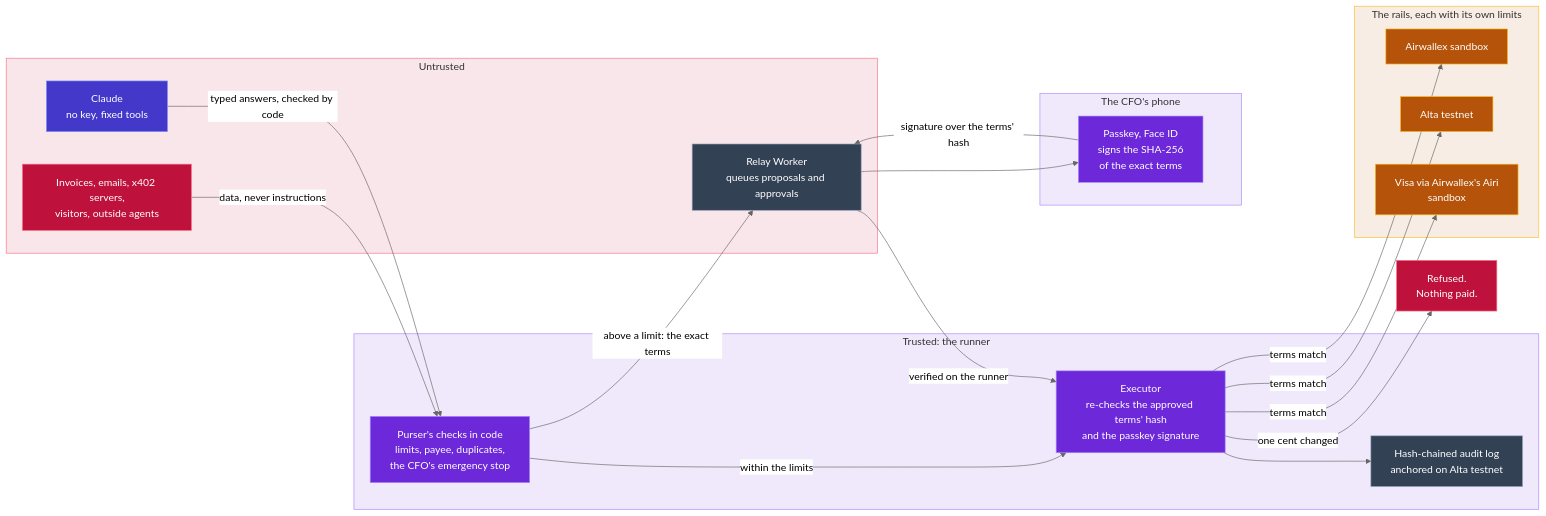
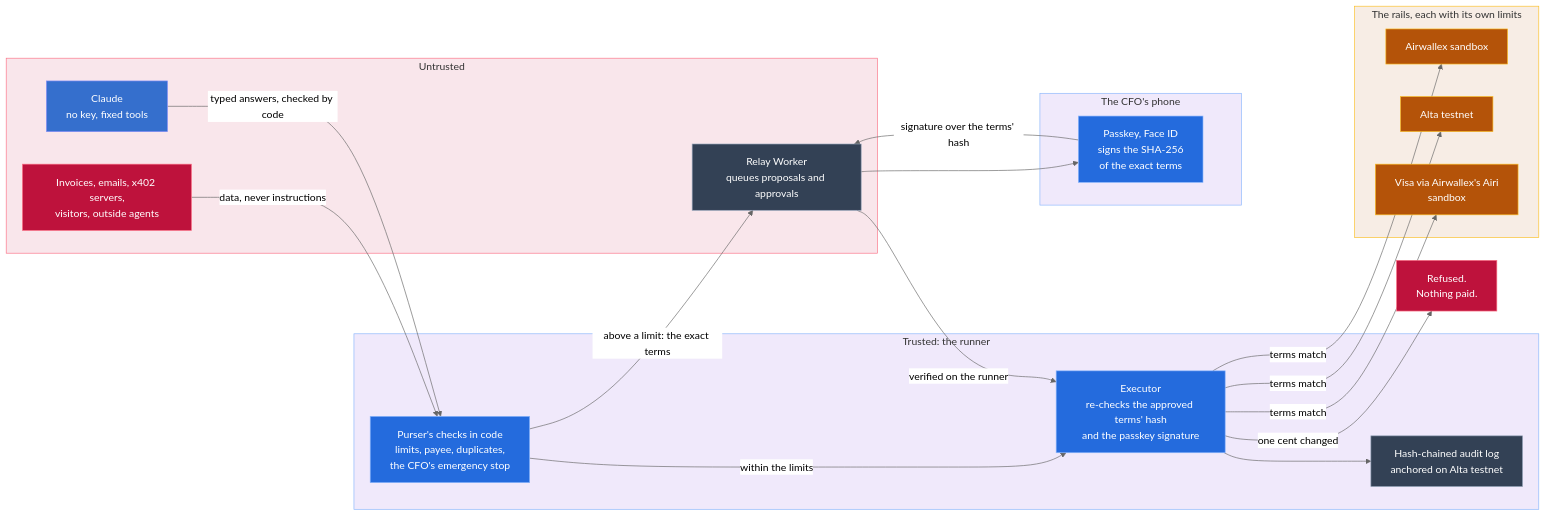
One commit to agamemnon-coder/x402-business-agents changed the second of 2 diagrams in SECURITY.md. Above: the diagram before and after it, drawn with Mermaid (neutral theme). The commit also changed other lines of this file and 184 other files, not shown here.

````diff
--- a/SECURITY.md
+++ b/SECURITY.md
@@ -123,41 +123,41 @@
 ```mermaid
 flowchart LR
   subgraph U["Untrusted"]
     IN["Invoices, emails, x402 servers,<br/>visitors, outside agents"]:::refused
     CL["Claude<br/>no key, fixed tools"]:::agent
     W["Relay Worker<br/>queues proposals and approvals"]:::proof
   end
   subgraph T["Trusted: the runner"]
     CK["Purser's checks in code<br/>limits, payee, duplicates,<br/>the CFO's emergency stop"]:::purser
     EX["Executor<br/>re-checks the approved terms' hash<br/>and the passkey signature"]:::purser
     LOG["Hash-chained audit log<br/>anchored on Alta testnet"]:::proof
   end
   subgraph P["The CFO's phone"]
     PK["Passkey, Face ID<br/>signs the SHA-256<br/>of the exact terms"]:::purser
   end
   subgraph Q["The rails, each with its own limits"]
     AW["Airwallex sandbox"]:::testmoney
     AL["Alta testnet"]:::testmoney
     VI["Visa via Airwallex's Airi<br/>sandbox"]:::testmoney
   end
   IN -- "data, never instructions" --> CK
   CL -- "typed answers, checked by code" --> CK
   CK -- "within the limits" --> EX
   CK -- "above a limit: the exact terms" --> W
   W --> PK
   PK -- "signature over the terms' hash" --> W
   W -- "verified on the runner" --> EX
   EX -- "one cent changed" --> X["Refused.<br/>Nothing paid."]:::refused
   EX -- "terms match" --> AW & AL & VI
   EX --> LOG
-  classDef purser fill:#6d28d9,stroke:#a78bfa,color:#fff
-  classDef agent fill:#4338ca,stroke:#818cf8,color:#fff
+  classDef purser fill:#246bdd,stroke:#89b5fc,color:#fff
+  classDef agent fill:#356fcd,stroke:#818cf8,color:#fff
   classDef paid fill:#047857,stroke:#34d399,color:#fff
   classDef refused fill:#be123c,stroke:#fb7185,color:#fff
   classDef testmoney fill:#b45309,stroke:#fbbf24,color:#fff
   classDef proof fill:#334155,stroke:#94a3b8,color:#fff
   style U fill:#be123c1a,stroke:#fb7185
-  style T fill:#6d28d91a,stroke:#a78bfa
-  style P fill:#6d28d91a,stroke:#a78bfa
+  style T fill:#6d28d91a,stroke:#89b5fc
+  style P fill:#6d28d91a,stroke:#89b5fc
   style Q fill:#b453091a,stroke:#fbbf24
 ```
````
